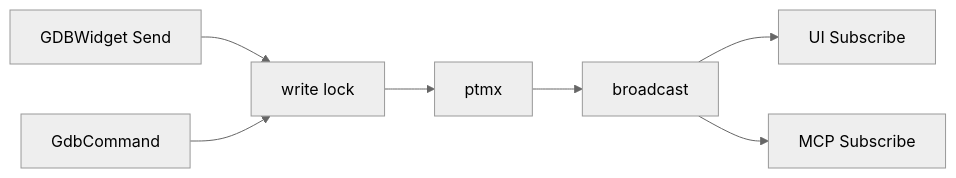
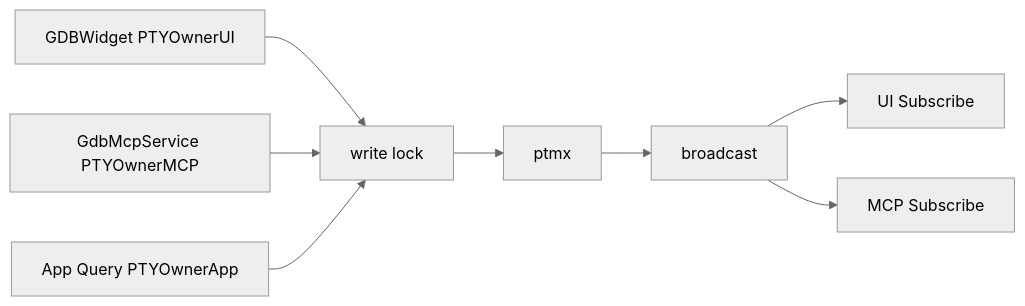
The second of 4 diagrams in docs/DEBUGGER_INTEGRATION.md (yairgd/gdbforge), drawn with Mermaid (neutral theme) before and after one commit. The commit also changed other lines of this file and 30 other files, not shown here.

````diff
--- a/docs/DEBUGGER_INTEGRATION.md
+++ b/docs/DEBUGGER_INTEGRATION.md
@@ -132,12 +140,14 @@
 ```mermaid
 flowchart LR
-  UI["GDBWidget Send"]
-  MCP["GdbCommand"]
+  UI["GDBWidget PTYOwnerUI"]
+  MCP["GdbMcpService PTYOwnerMCP"]
+  App["App Query PTYOwnerApp"]
   Lock["write lock"]
   UI --> Lock
   MCP --> Lock
+  App --> Lock
   Lock --> PTMX["ptmx"]
   PTMX --> Fan["broadcast"]
   Fan --> ChUI["UI Subscribe"]
   Fan --> ChMCP["MCP Subscribe"]
 ```
````
